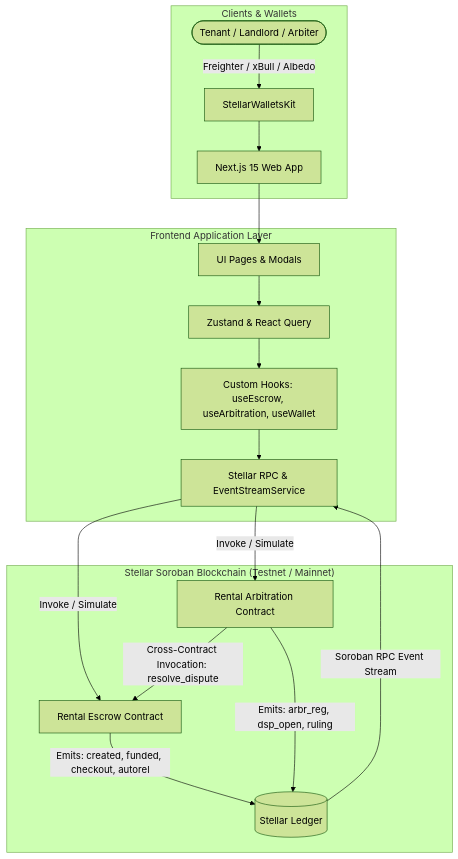
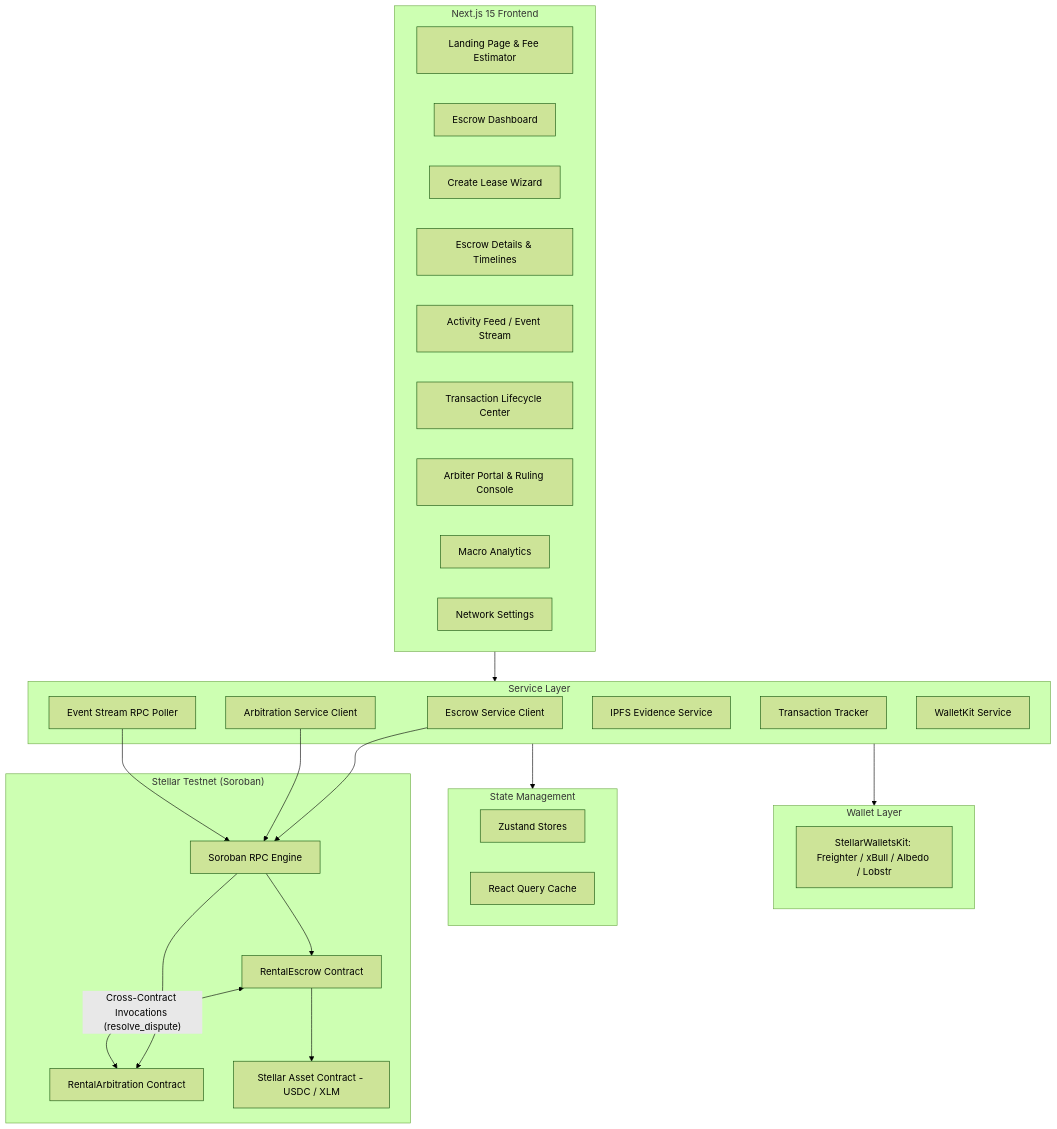
One commit to shivang-tech-3/rental-deposit-escrow changed the first of 2 diagrams in README.md. Above: the diagram before and after it, drawn with Mermaid (forest theme). The commit also changed other lines of this file and 1 other file, not shown here.

Commit message:
docs: restructure README and add FRONTEND_INTEGRATION guide matching reference standard

````diff
--- a/README.md
+++ b/README.md
@@ -83,26 +55,50 @@
 ```mermaid
-graph TD
-    subgraph "Clients & Wallets"
-        User([Tenant / Landlord / Arbiter]) -->|Freighter / xBull / Albedo| SWK[StellarWalletsKit]
-        SWK --> Frontend[Next.js 15 Web App]
+graph TB
+    subgraph Frontend["Next.js 15 Frontend"]
+        LP[Landing Page & Fee Estimator]
+        DB[Escrow Dashboard]
+        CW[Create Lease Wizard]
+        ED[Escrow Details & Timelines]
+        AF[Activity Feed / Event Stream]
+        TC[Transaction Lifecycle Center]
+        AB[Arbiter Portal & Ruling Console]
+        AN[Macro Analytics]
+        ST[Network Settings]
     end
 
-    subgraph "Frontend Application Layer"
-        Frontend --> UI[UI Pages & Modals]
-        UI --> State[Zustand & React Query]
-        State --> Hooks[Custom Hooks: useEscrow, useArbitration, useWallet]
-        Hooks --> Services[Stellar RPC & EventStreamService]
+    subgraph Wallet["Wallet Layer"]
+        SWK[StellarWalletsKit: Freighter / xBull / Albedo / Lobstr]
     end
 
-    subgraph "Stellar Soroban Blockchain (Testnet / Mainnet)"
-        Services -->|Invoke / Simulate| EscrowContract[Rental Escrow Contract]
-        Services -->|Invoke / Simulate| ArbContract[Rental Arbitration Contract]
-        
-        ArbContract -->|Cross-Contract Invocation: resolve_dispute| EscrowContract
-        
-        EscrowContract -->|Emits: created, funded, checkout, autorel| Ledger[(Stellar Ledger)]
-        ArbContract -->|Emits: arbr_reg, dsp_open, ruling| Ledger
+    subgraph Services["Service Layer"]
+        ES[Escrow Service Client]
+        AS[Arbitration Service Client]
+        EVS[Event Stream RPC Poller]
+        IPS[IPFS Evidence Service]
+        TS[Transaction Tracker]
+        WS[WalletKit Service]
     end
 
-    Ledger -->|Soroban RPC Event Stream| Services
+    subgraph State["State Management"]
+        ZS[Zustand Stores]
+        RQ[React Query Cache]
+    end
+
+    subgraph Blockchain["Stellar Testnet (Soroban)"]
+        REC[RentalEscrow Contract]
+        RAC[RentalArbitration Contract]
+        RPC[Soroban RPC Engine]
+        SAC[Stellar Asset Contract - USDC / XLM]
+    end
+
+    Frontend --> Services
+    Services --> Wallet
+    Services --> State
+    ES --> RPC
+    AS --> RPC
+    EVS --> RPC
+    RPC --> REC
+    RPC --> RAC
+    REC <-->|"Cross-Contract Invocations (resolve_dispute)"| RAC
+    REC --> SAC
 ```
````
